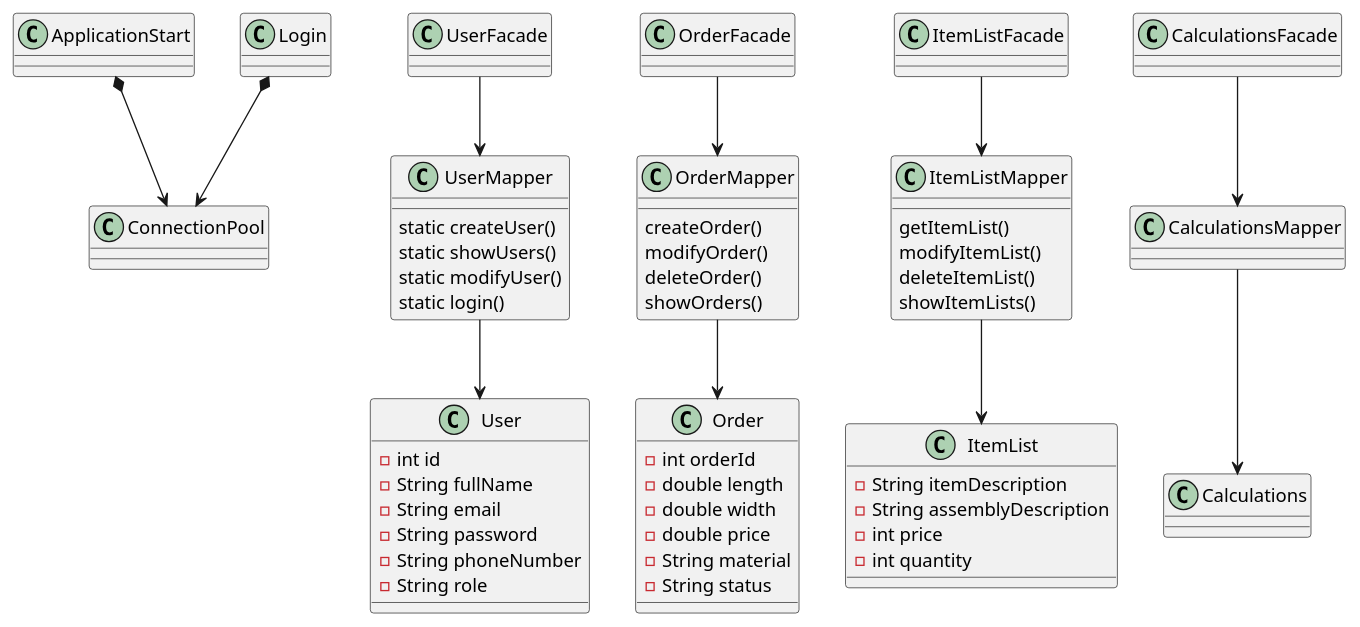
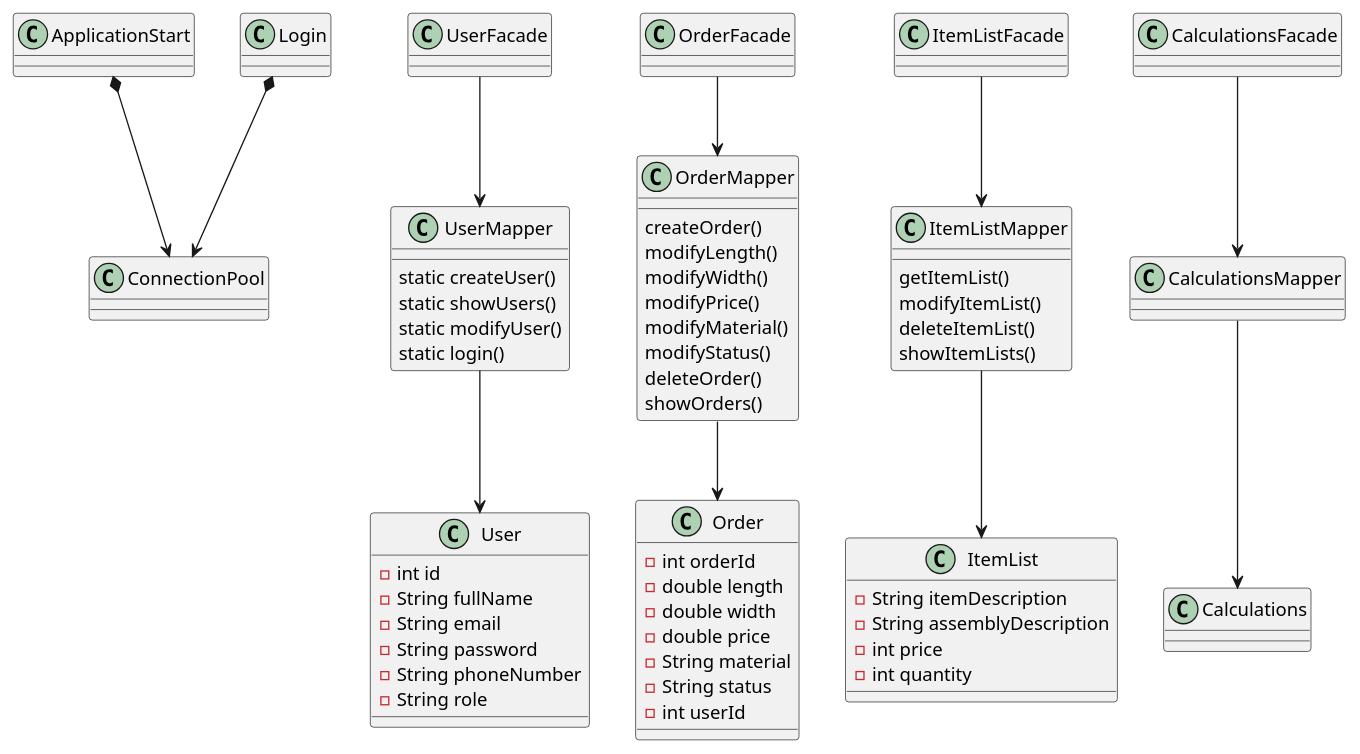
Before and after one commit to Salar86/ProjectFog: the diagram in documentation/ClassDiagram.puml, drawn with PlantUML. The commit also changed 2 other files, not shown here.

Commit message:
showItemLists & deleteItemList added to ItemListMapper + changes to OrderMappers modify booleans with relevant names

```diff
--- a/documentation/ClassDiagram.puml
+++ b/documentation/ClassDiagram.puml
@@ -1,82 +1,87 @@
 @startuml
 'https://plantuml.com/class-diagram
 class ApplicationStart
 class ConnectionPool
 class Login
 
 ApplicationStart *--> ConnectionPool
 Login *--> ConnectionPool
 
 class User
 {
     -int id
     -String fullName
     -String email
     -String password
     -String phoneNumber
     -String role
 }
 class UserMapper
 {
     static createUser()
     static showUsers()
     static modifyUser()
     static login()
 }
 class UserFacade
 
 class Order
 {
     -int orderId
     -double length
     -double width
     -double price
     -String material
     -String status
+    -int userId
 }
 class OrderMapper
 {
     createOrder()
-    modifyOrder()
+    modifyLength()
+    modifyWidth()
+    modifyPrice()
+    modifyMaterial()
+    modifyStatus()
     deleteOrder()
     showOrders()
 }
 class OrderFacade
 
 class ItemList
 {
     -String itemDescription
     -String assemblyDescription
     -int price
     -int quantity
 
 }
 class ItemListMapper
 {
     getItemList()
     modifyItemList()
     deleteItemList()
     showItemLists()
 }
 class ItemListFacade
 
 class Calculations
 {
 
 }
 class CalculationsMapper
 class CalculationsFacade
 
 UserFacade --> UserMapper
 UserMapper --> User
 
 OrderFacade --> OrderMapper
 OrderMapper --> Order
 
 ItemListFacade --> ItemListMapper
 ItemListMapper --> ItemList
 
 CalculationsFacade --> CalculationsMapper
 CalculationsMapper --> Calculations
 
 @enduml
```
